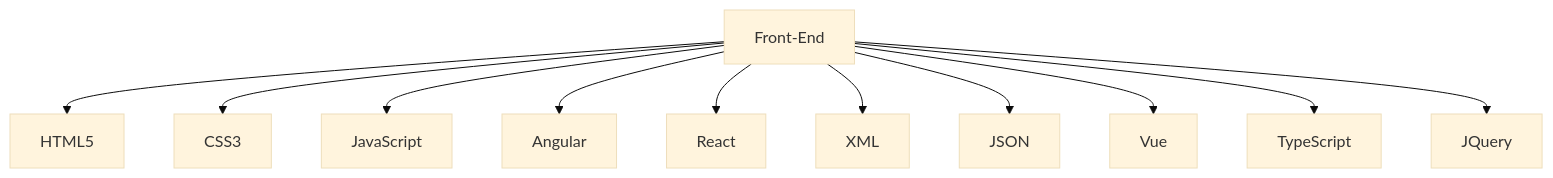
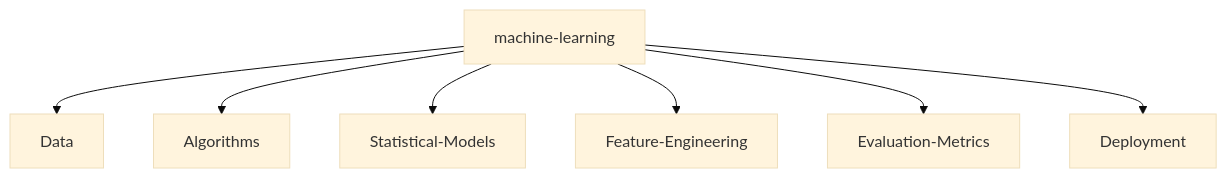
One commit to BEPb/BEPb changed the diagram in README.md. Above: the diagram before and after it, drawn with Mermaid (base theme). The commit also changed other lines of this file, not shown here.

Commit message:
upd machine-learning

````diff
--- a/README.md
+++ b/README.md
@@ -86,13 +86,9 @@
 ```mermaid
 graph TD;
-    Front-End-->HTML5;
-    Front-End-->CSS3;
-    Front-End-->JavaScript;
-    Front-End-->Angular;
-    Front-End-->React;
-    Front-End-->XML;
-    Front-End-->JSON;
-    Front-End-->Vue;
-    Front-End-->TypeScript;
-    Front-End-->JQuery;
+    machine-learning-->Data;
+    machine-learning-->Algorithms;
+    machine-learning-->Statistical-Models;
+    machine-learning-->Feature-Engineering;
+    machine-learning-->Evaluation-Metrics;
+    machine-learning-->Deployment;
    ```
````
